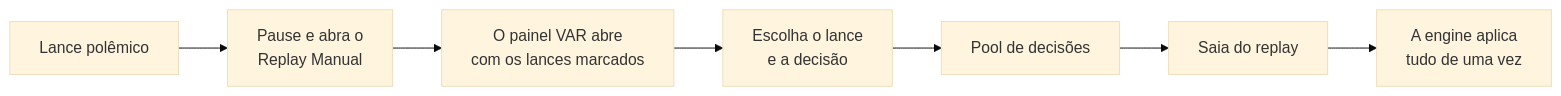
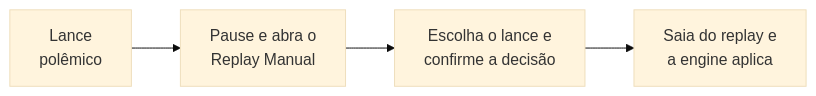
Before and after one commit to Joao-Spala/pes21-var-mod: the first of 3 diagrams in README.md, drawn with Mermaid (base theme). The commit also changed other lines of this file, not shown here.

````diff
--- a/README.md
+++ b/README.md
@@ -38,9 +38,6 @@
 ```mermaid
 flowchart LR
-    A["Lance polêmico"] --> B["Pause e abra o<br/>Replay Manual"]
-    B --> C["O painel VAR abre<br/>com os lances marcados"]
-    C --> D["Escolha o lance<br/>e a decisão"]
-    D --> E["Pool de decisões"]
-    E --> F["Saia do replay"]
-    F --> G["A engine aplica<br/>tudo de uma vez"]
+    A["Lance<br/>polêmico"] --> B["Pause e abra o<br/>Replay Manual"]
+    B --> C["Escolha o lance e<br/>confirme a decisão"]
+    C --> D["Saia do replay e<br/>a engine aplica"]
 ```
````
